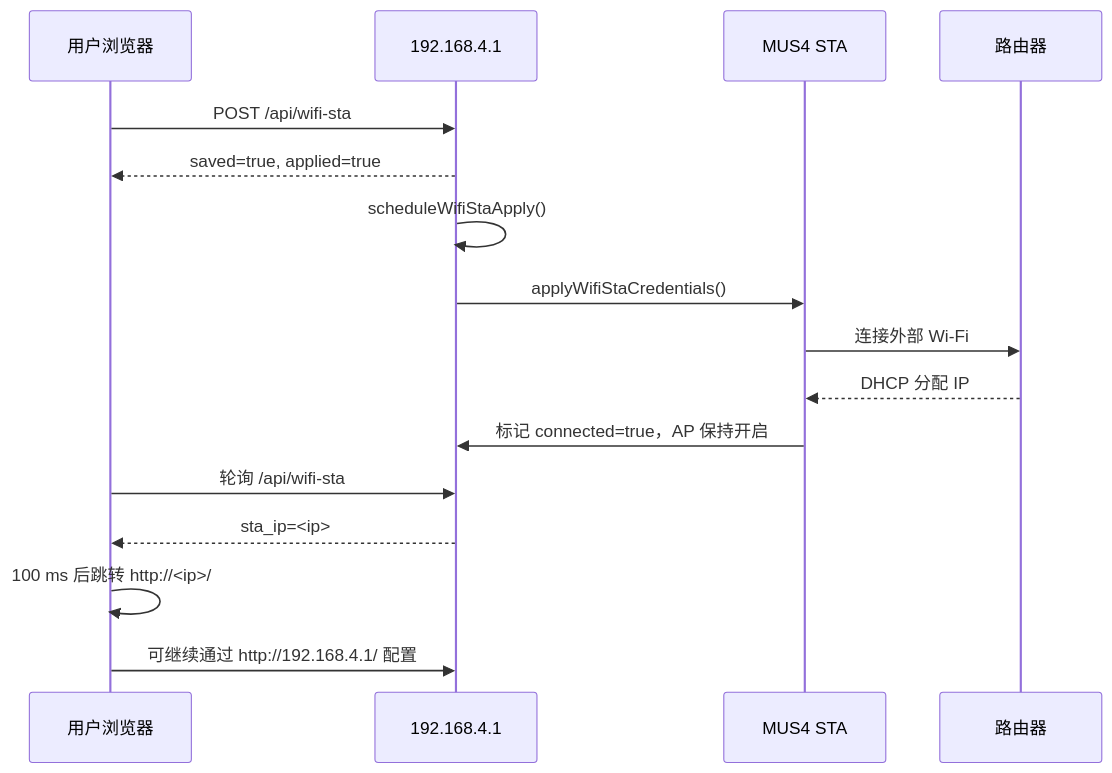
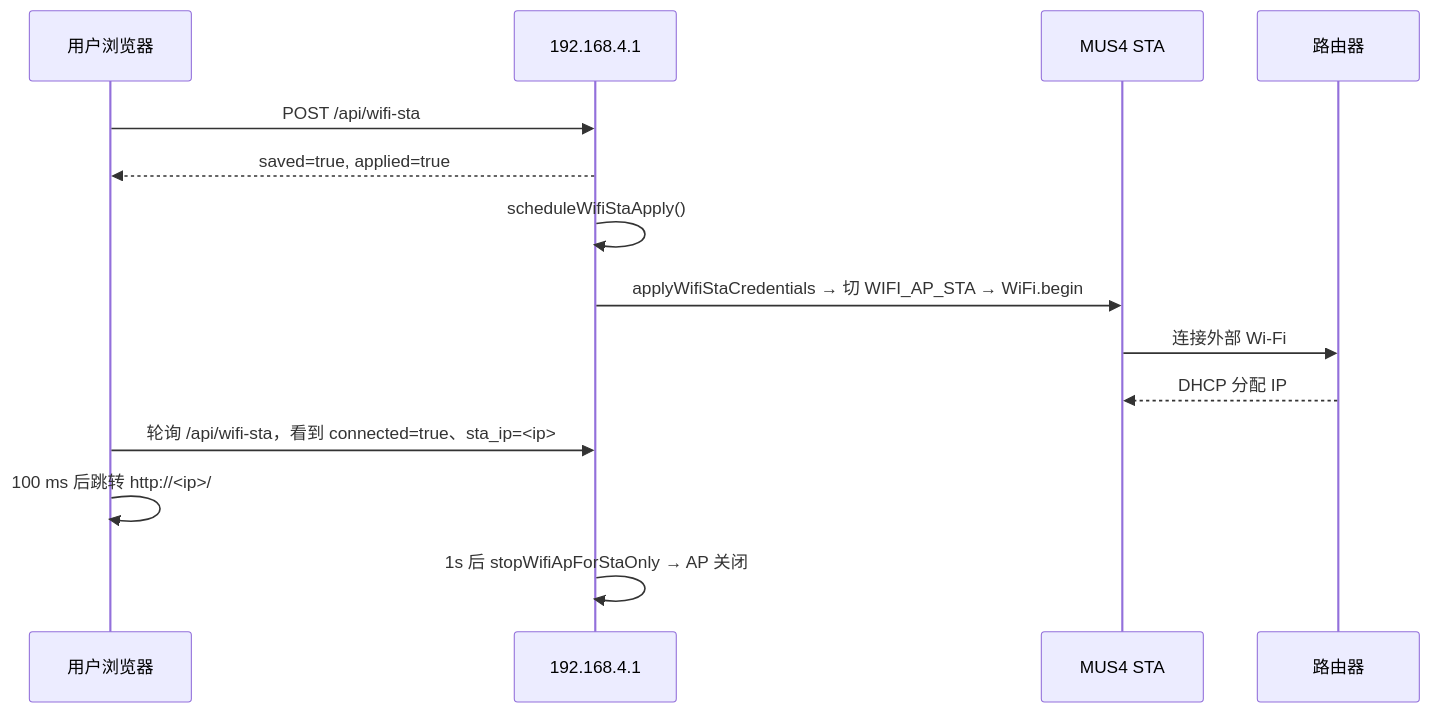
The third of 5 diagrams in MUS4_FW/docs/Inspect/wifi-ap-sta-lifecycle-inspection.md (DonkeyDrift/Firmware), drawn with Mermaid before and after one commit. The commit also changed other lines of this file and 10 other files, not shown here.

````diff
--- a/MUS4_FW/docs/Inspect/wifi-ap-sta-lifecycle-inspection.md
+++ b/MUS4_FW/docs/Inspect/wifi-ap-sta-lifecycle-inspection.md
@@ -473,19 +284,17 @@
 ```mermaid
 sequenceDiagram
     participant U as 用户浏览器
     participant AP as 192.168.4.1
     participant STA as MUS4 STA
     participant R as 路由器
 
     U->>AP: POST /api/wifi-sta
     AP-->>U: saved=true, applied=true
     AP->>AP: scheduleWifiStaApply()
-    AP->>STA: applyWifiStaCredentials()
+    AP->>STA: applyWifiStaCredentials → 切 WIFI_AP_STA → WiFi.begin
     STA->>R: 连接外部 Wi-Fi
     R-->>STA: DHCP 分配 IP
-    STA->>AP: 标记 connected=true，AP 保持开启
-    U->>AP: 轮询 /api/wifi-sta
-    AP-->>U: sta_ip=<ip>
+    U->>AP: 轮询 /api/wifi-sta，看到 connected=true、sta_ip=<ip>
     U->>U: 100 ms 后跳转 http://<ip>/
-    U->>AP: 可继续通过 http://192.168.4.1/ 配置
+    AP->>AP: 1s 后 stopWifiApForStaOnly → AP 关闭
 ```
````
